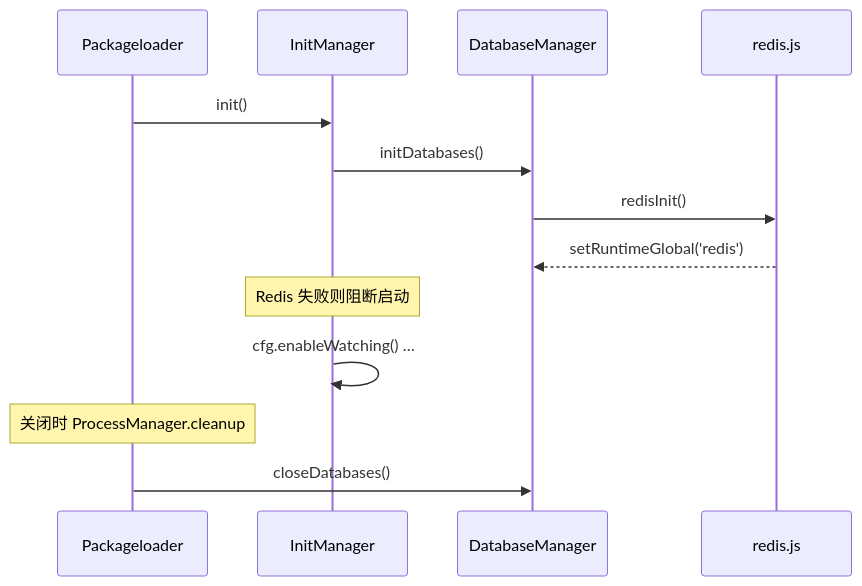
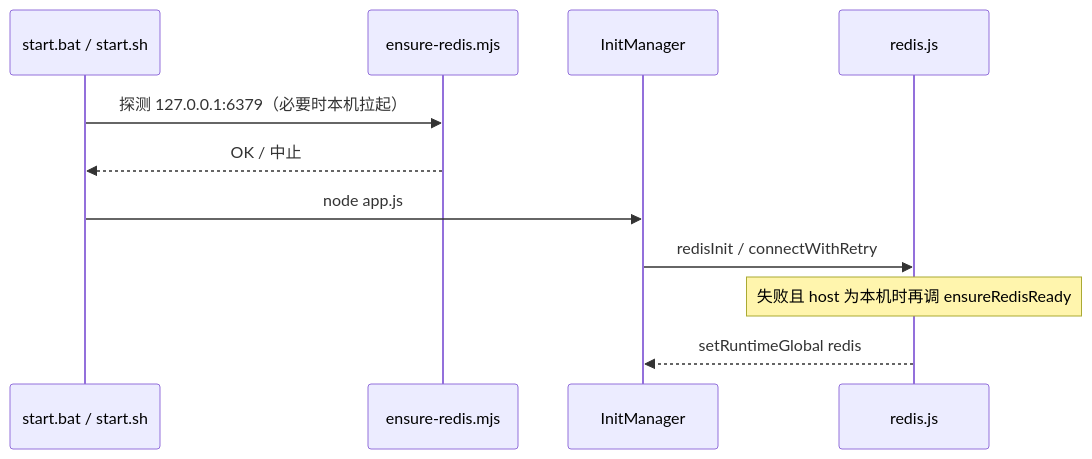
One commit to sunflowermm/XRK-AGT changed the diagram in docs/database.md. Above: the diagram before and after it, drawn with Mermaid. The commit also changed other lines of this file and 9 other files, not shown here.

````diff
--- a/docs/database.md
+++ b/docs/database.md
@@ -33,16 +33,14 @@
 ```mermaid
 sequenceDiagram
-    participant PL as Packageloader
+    participant Start as start.bat / start.sh
+    participant Ensure as ensure-redis.mjs
     participant IM as InitManager
-    participant DM as DatabaseManager
     participant R as redis.js
 
-    PL->>IM: init()
-    IM->>DM: initDatabases()
-    DM->>R: redisInit()
-    R-->>DM: setRuntimeGlobal('redis')
-    Note over IM: Redis 失败则阻断启动
-    IM->>IM: cfg.enableWatching() …
-    Note over PL: 关闭时 ProcessManager.cleanup
-    PL->>DM: closeDatabases()
+    Start->>Ensure: 探测 127.0.0.1:6379（必要时本机拉起）
+    Ensure-->>Start: OK / 中止
+    Start->>IM: node app.js
+    IM->>R: redisInit / connectWithRetry
+    Note over R: 失败且 host 为本机时再调 ensureRedisReady
+    R-->>IM: setRuntimeGlobal redis
 ```
````
